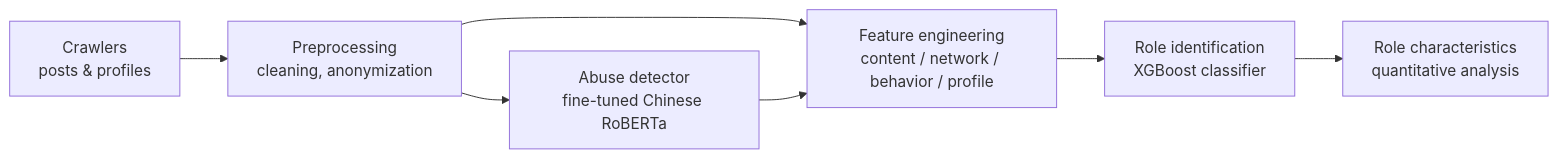
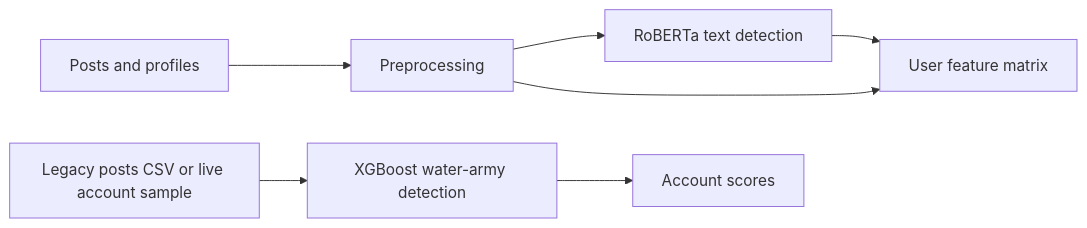
One commit to JIANGHY59/disruptive-user-roles changed the diagram in README.md. Above: the diagram before and after it, drawn with Mermaid. The commit also changed other lines of this file and 4 other files, not shown here.

````diff
--- a/README.md
+++ b/README.md
@@ -13,9 +13,8 @@
 ```mermaid
 flowchart LR
-    A[Crawlers<br/>posts & profiles] --> B[Preprocessing<br/>cleaning, anonymization]
-    B --> C[Abuse detector<br/>fine-tuned Chinese RoBERTa]
-    B --> D[Feature engineering<br/>content / network / behavior / profile]
+    A[Posts and profiles] --> B[Preprocessing]
+    B --> C[RoBERTa text detection]
+    B --> D[User feature matrix]
     C --> D
-    D --> E[Role identification<br/>XGBoost classifier]
-    E --> F[Role characteristics<br/>quantitative analysis]
+    G[Legacy posts CSV or live account sample] --> E[XGBoost water-army detection] --> F[Account scores]
 ```
````
